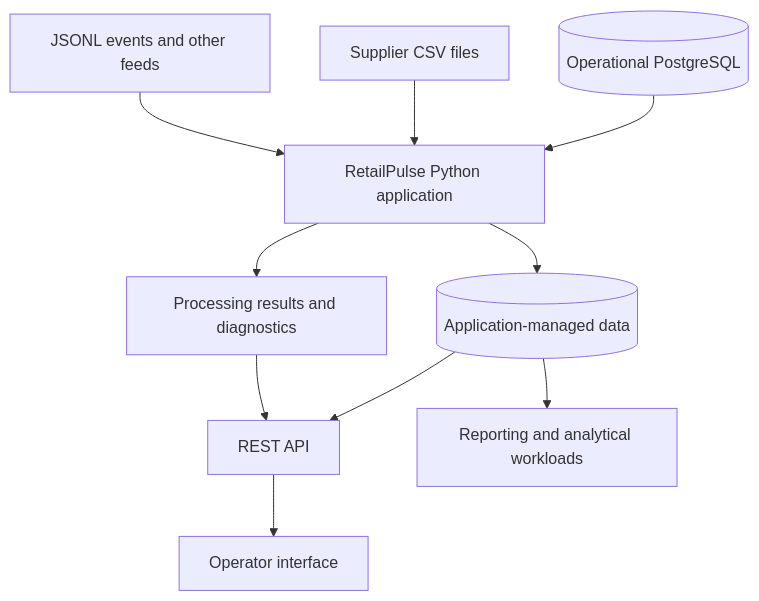
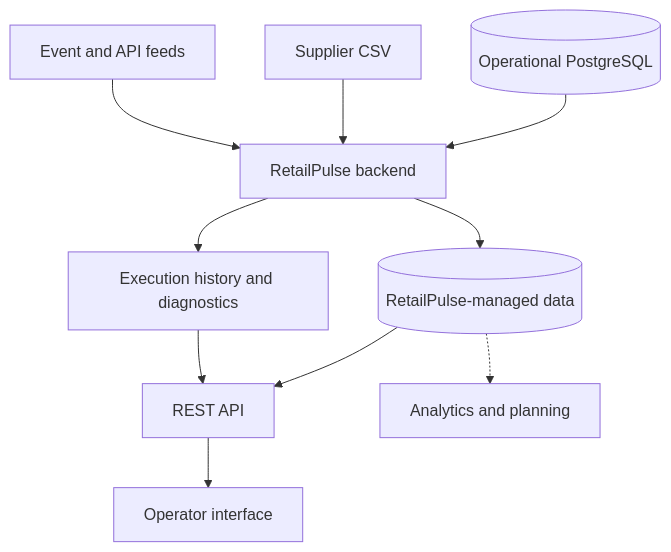
Before and after one commit to Idir0825/RetailPulse: the diagram in README.md, drawn with Mermaid. The commit also changed other lines of this file and 9 other files, not shown here.

Commit message:
docs: redefine RetailPulse product and development workflow

````diff
--- a/README.md
+++ b/README.md
@@ -41,12 +33,12 @@
 ```mermaid
 flowchart TD
-    DB[(Operational PostgreSQL)] --> APP[RetailPulse Python application]
-    FILES[Supplier CSV files] --> APP
-    EVENTS[JSONL events and other feeds] --> APP
-    APP --> STORE[(Application-managed data)]
-    APP --> RUNS[Processing results and diagnostics]
-    STORE --> API[REST API]
+    DB[(Operational PostgreSQL)] --> CORE[RetailPulse backend]
+    CSV[Supplier CSV] --> CORE
+    EVT[Event and API feeds] --> CORE
+    CORE --> OWN[(RetailPulse-managed data)]
+    CORE --> RUNS[Execution history and diagnostics]
+    OWN --> API[REST API]
     RUNS --> API
     API --> UI[Operator interface]
-    STORE --> ANALYTICS[Reporting and analytical workloads]
+    OWN -.-> ANALYTICS[Analytics and planning]
 ```
````
